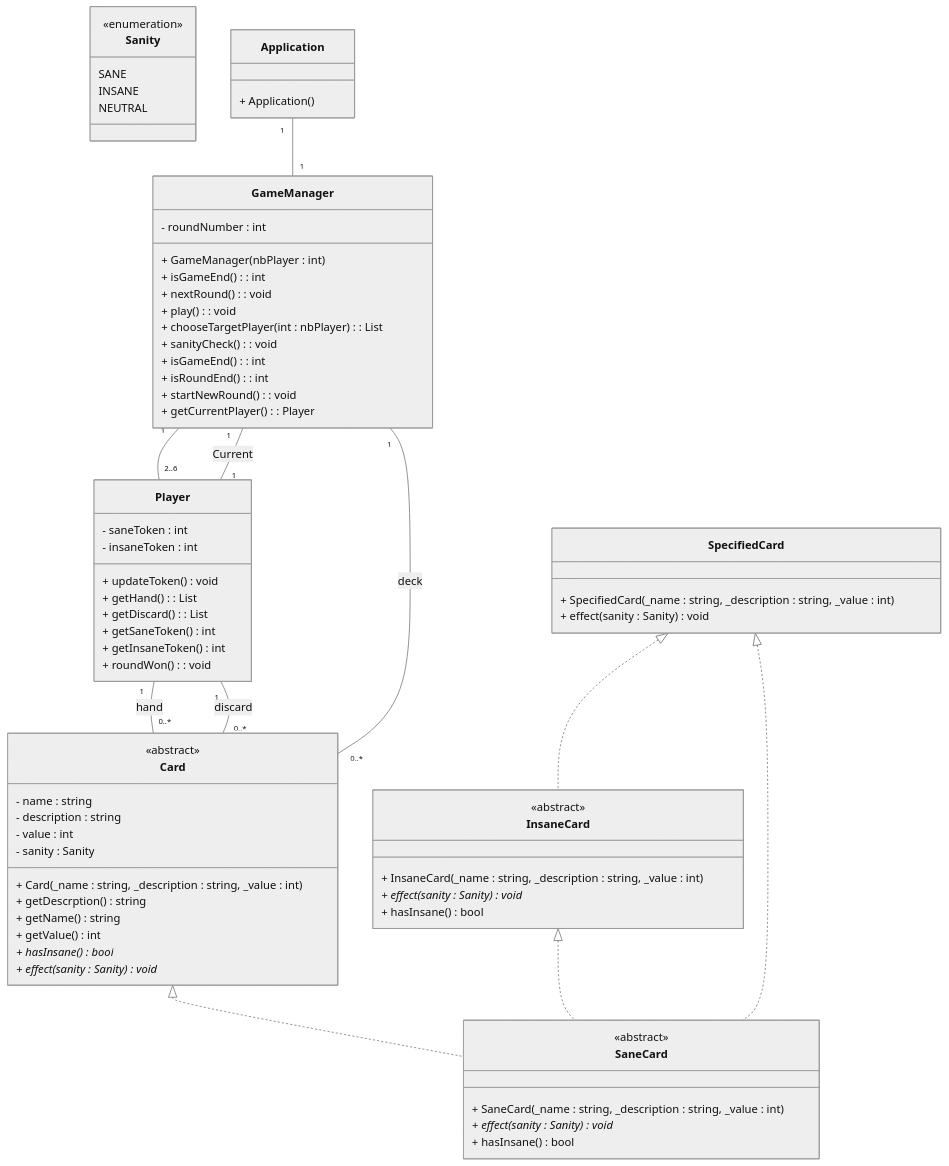
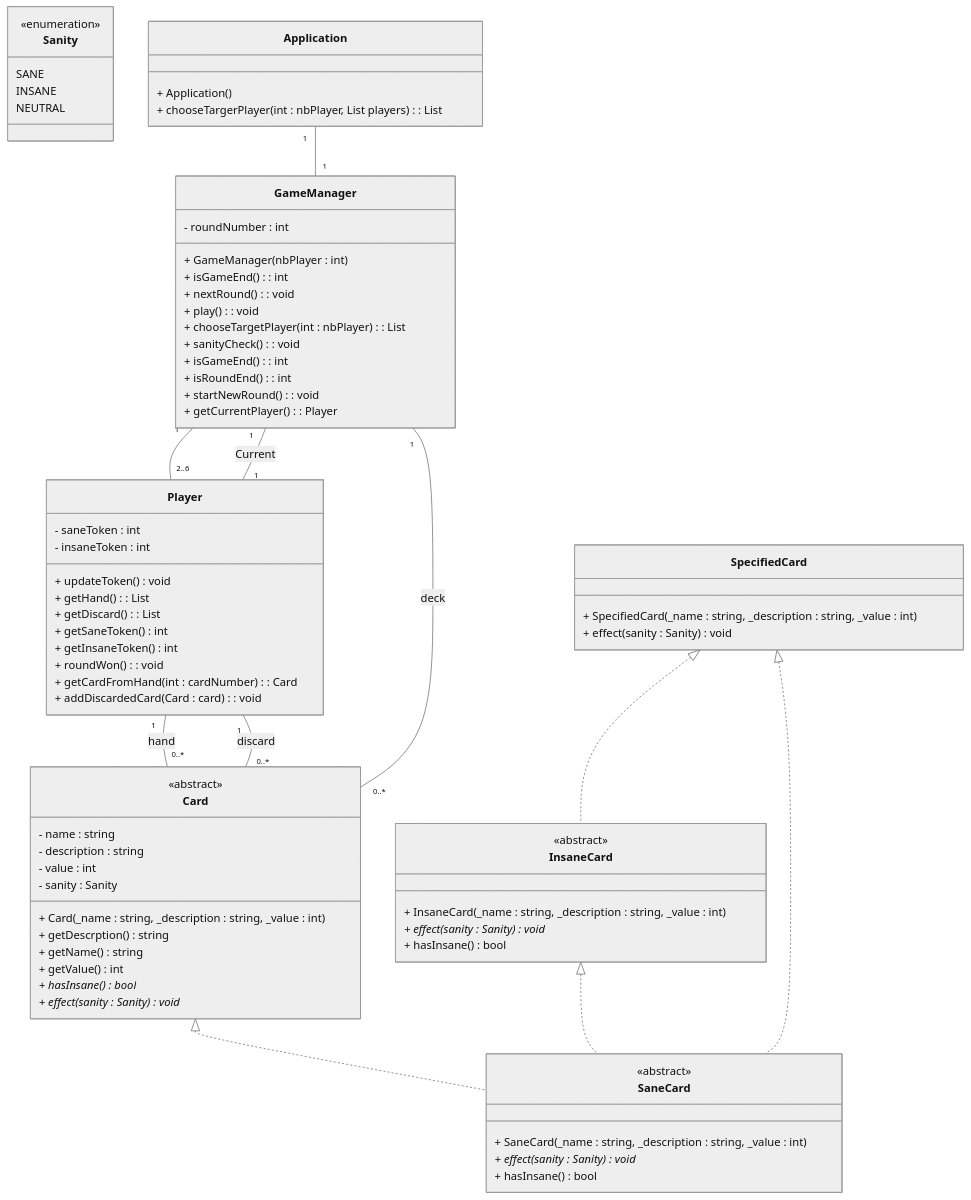
The diagram in docs/uml.mmd (Marsevil/LovecraftLetter_IA), drawn with Mermaid (neutral theme) before and after one commit. The commit also changed 3 other files, not shown here.

```diff
--- a/docs/uml.mmd
+++ b/docs/uml.mmd
@@ -1,83 +1,86 @@
 classDiagram
     class Sanity {
     <<enumeration>>
         SANE
         INSANE
         NEUTRAL
     }
 
     class Card {
     <<abstract>>
         - name : string
         - description : string
         - value : int
         - sanity : Sanity
 
         + Card(_name : string, _description : string, _value : int)
         + getDescrption() string
         + getName() string
         + getValue() int
         + hasInsane()* bool
         + effect(sanity : Sanity)* void
     }
 
     class SaneCard {
     <<abstract>>
         + SaneCard(_name : string, _description : string, _value : int)
         + effect(sanity : Sanity)* void
         + hasInsane() bool
     }
 
     class InsaneCard {
     <<abstract>>
         + InsaneCard(_name : string, _description : string, _value : int)
         + effect(sanity : Sanity)* void
         + hasInsane() bool
     }
 
     class SpecifiedCard {
         + SpecifiedCard(_name : string, _description : string, _value : int)
         + effect(sanity : Sanity) void
     }
 
     class GameManager {
         - roundNumber : int
 
         + GameManager(nbPlayer : int)
         + isGameEnd() : int
         + nextRound() : void
         + play() : void
         + chooseTargetPlayer(int : nbPlayer) : List<Player>
         + sanityCheck() : void
         + isGameEnd() : int
         + isRoundEnd() : int
         + startNewRound() : void
         + getCurrentPlayer() : Player
     }
 
     class Player {
         - saneToken : int
         - insaneToken : int
 
         + updateToken() void
         + getHand() : List<Card>
         + getDiscard() : List<Card>
         + getSaneToken() int
         + getInsaneToken() int
         + roundWon() : void
+        + getCardFromHand(int : cardNumber) : Card
+        + addDiscardedCard(Card : card) : void
     }
 
     class Application {
         + Application()
+        + chooseTargerPlayer(int : nbPlayer, List<Player> players) : List<Player>
     }
 
     Card <|.. SaneCard
     InsaneCard <|.. SaneCard
     SpecifiedCard <|.. SaneCard
     SpecifiedCard <|.. InsaneCard
     Player "1" -- "0..*" Card : hand
     Player "1" -- "0..*" Card : discard
     GameManager "1" -- "0..*" Card : deck
     GameManager "1" -- "2..6" Player
     GameManager "1" -- "1" Player : Current
     Application "1" -- "1" GameManager
```
